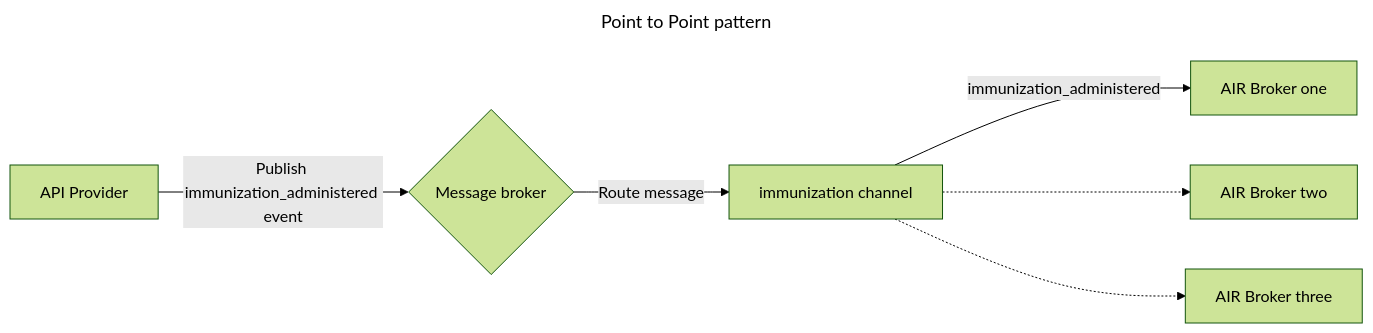
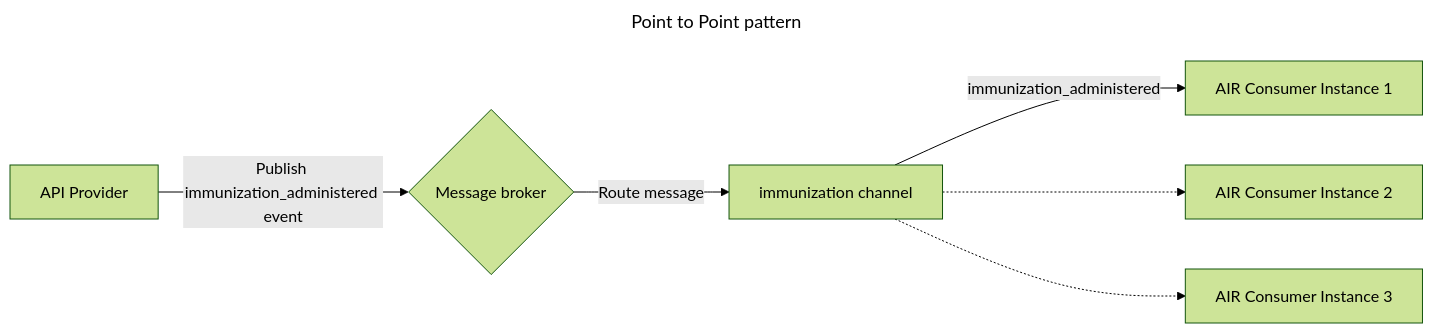
Before and after one commit to tewhatuora/api-standards: the diagram in docs/api-development/Asynchronous APIs/Async Patterns/03-PointToPoint.md, drawn with Mermaid (forest theme). The commit also changed 8 other files, not shown here.

````diff
--- a/docs/api-development/Asynchronous APIs/Async Patterns/03-PointToPoint.md
+++ b/docs/api-development/Asynchronous APIs/Async Patterns/03-PointToPoint.md
@@ -13,13 +13,13 @@
 ```mermaid
 ---
 title: Point to Point pattern
 ---
 flowchart LR
     accTitle: Point to point diagram
     accDescr: Flow diagram showing Point to point pattern
     A[API Provider] -->|Publish immunization_administered event| C{Message broker}
     C --> |Route message| D[immunization channel]
-    D -->|immunization_administered| E[AIR Broker one]
-    D -.-> F[AIR Broker two]
-    D -.-> G[AIR Broker three]
+    D -->|immunization_administered| E[AIR Consumer Instance 1]
+    D -.-> F[AIR Consumer Instance 2]
+    D -.-> G[AIR Consumer Instance 3]
 ```
````
